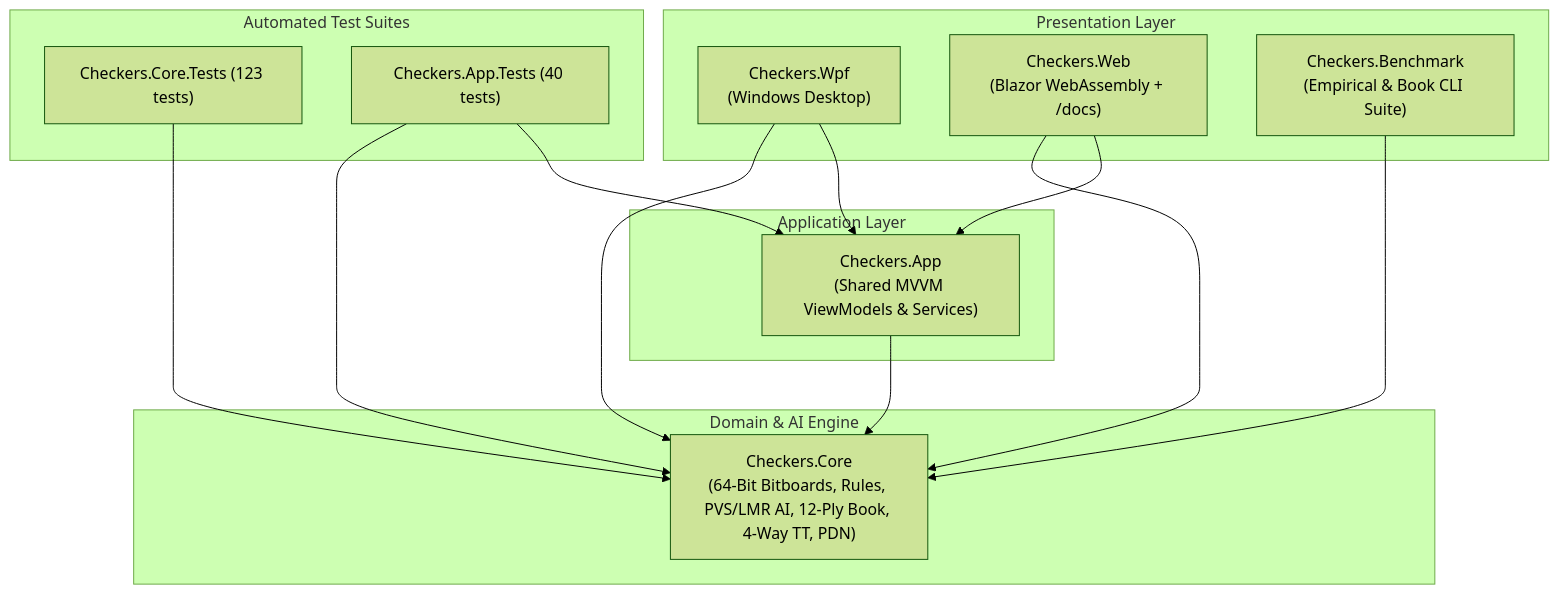
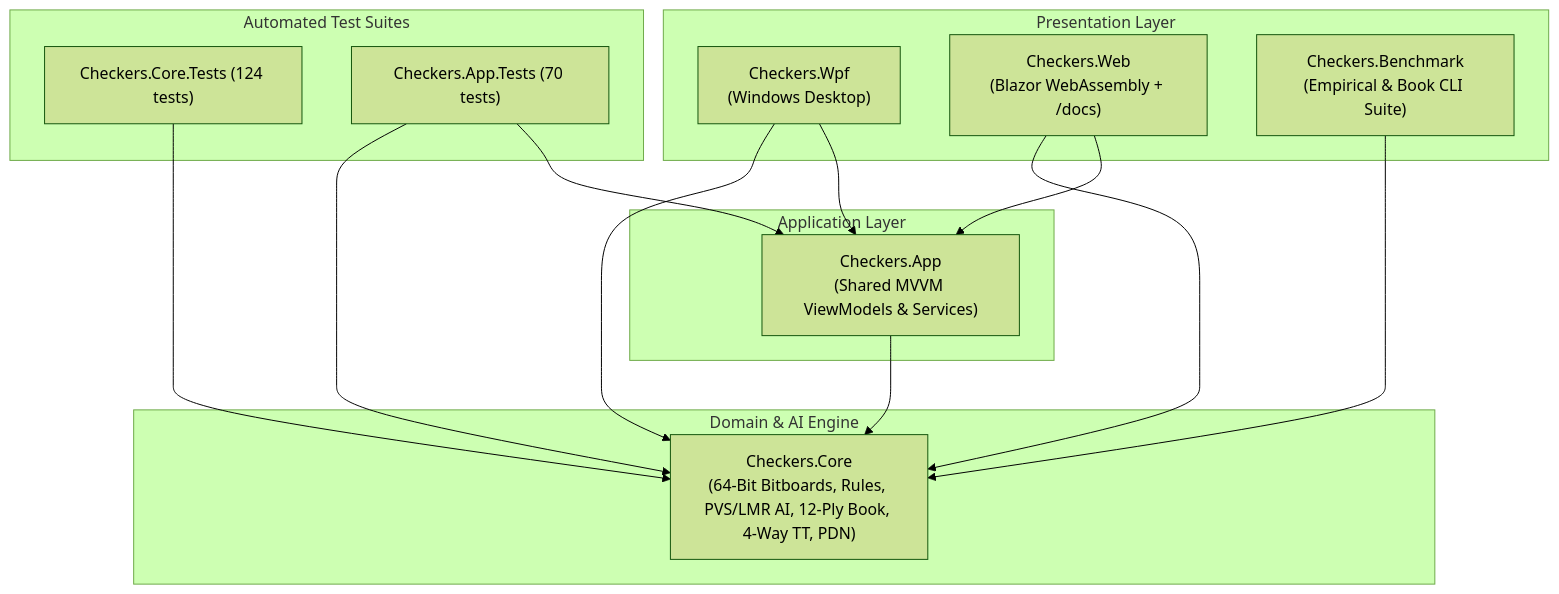
Before and after one commit to cjp-dev/Checkers: the first of 2 diagrams in docs/brain/01-overview.md, drawn with Mermaid (forest theme). The commit also changed other lines of this file and 16 other files, not shown here.

````diff
--- a/docs/brain/01-overview.md
+++ b/docs/brain/01-overview.md
@@ -25,31 +25,31 @@
 ```mermaid
 flowchart TD
     subgraph Presentation ["Presentation Layer"]
         WPF["Checkers.Wpf<br/>(Windows Desktop)"]
         Web["Checkers.Web<br/>(Blazor WebAssembly + /docs)"]
         CLI["Checkers.Benchmark<br/>(Empirical &amp; Book CLI Suite)"]
     end
 
     subgraph Application ["Application Layer"]
         App["Checkers.App<br/>(Shared MVVM ViewModels &amp; Services)"]
     end
 
     subgraph Domain ["Domain &amp; AI Engine"]
         Core["Checkers.Core<br/>(64-Bit Bitboards, Rules, PVS/LMR AI, 12-Ply Book, 4-Way TT, PDN)"]
     end
 
     subgraph Verification ["Automated Test Suites"]
-        CoreTests["Checkers.Core.Tests (123 tests)"]
-        AppTests["Checkers.App.Tests (40 tests)"]
+        CoreTests["Checkers.Core.Tests (124 tests)"]
+        AppTests["Checkers.App.Tests (70 tests)"]
     end
 
     WPF --> App
     Web --> App
     App --> Core
     WPF --> Core
     Web --> Core
     CLI --> Core
     CoreTests --> Core
     AppTests --> App
     AppTests --> Core
 ```
````
